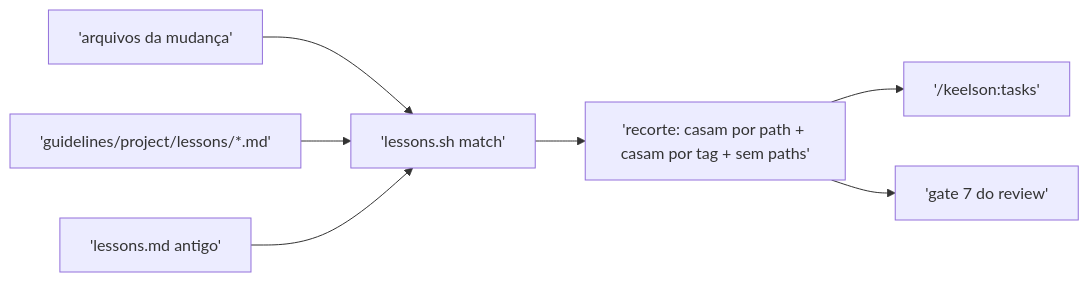
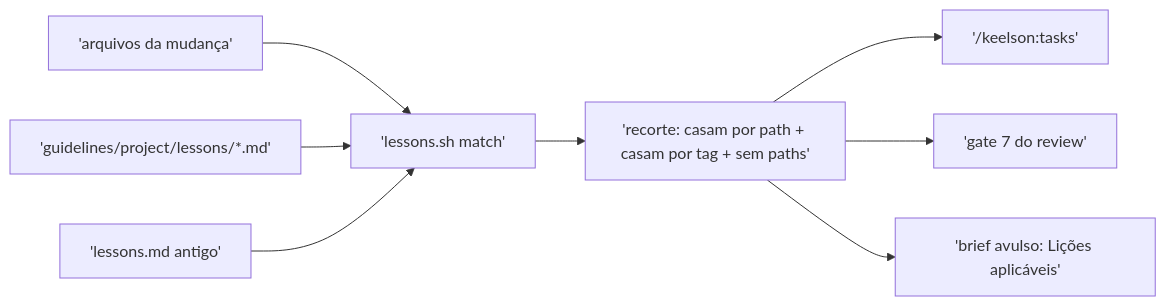
The third of 3 diagrams in docs/wiki/Perguntas-frequentes.md (fernandopetry/keelson), drawn with Mermaid before and after one commit. The commit also changed other lines of this file and 29 other files, not shown here.

Commit message:
feat(doctrine): intake 2026-11-06 — standalone brief carries the lessons cut (## Lições aplicáveis, agent-guard refuses the dispatch without it); two-file awk phases by FILENAME in index-check and artifact-lint; --compact honours --max-bytes (4.494, 0.231.0)

````diff
--- a/docs/wiki/Perguntas-frequentes.md
+++ b/docs/wiki/Perguntas-frequentes.md
@@ -432,9 +436,10 @@
 ```mermaid
 flowchart LR
   D['arquivos da mudança'] --> M['lessons.sh match']
   A['guidelines/project/lessons/*.md'] --> M
   L['lessons.md antigo'] --> M
   M --> R['recorte: casam por path + casam por tag + sem paths']
   R --> T['/keelson:tasks']
   R --> G['gate 7 do review']
+  R --> B['brief avulso: Lições aplicáveis']
 ```
````
